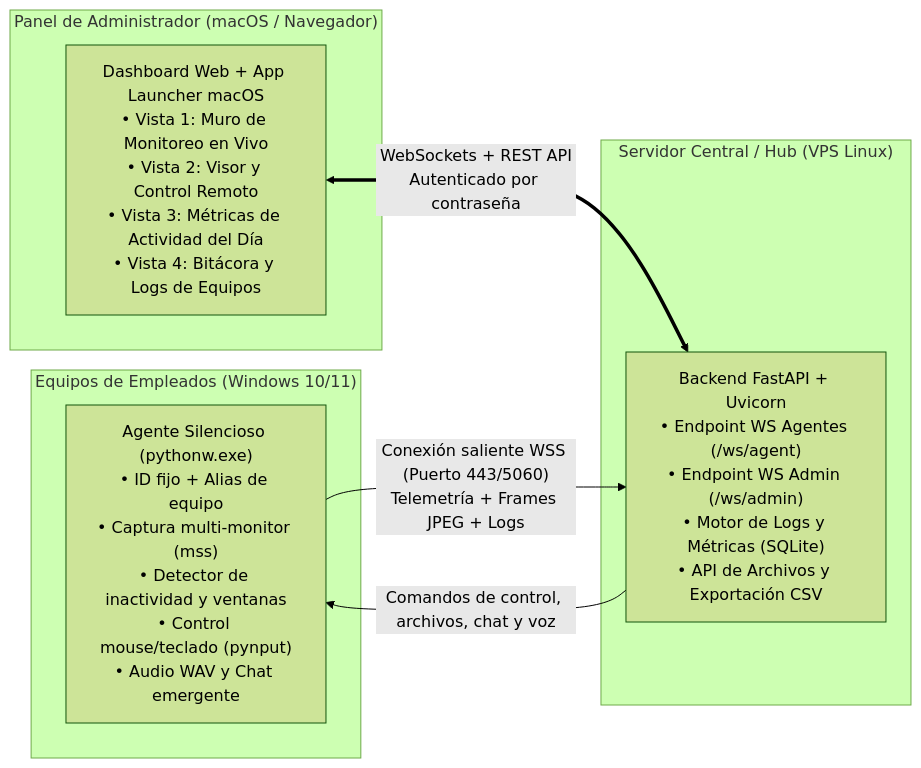
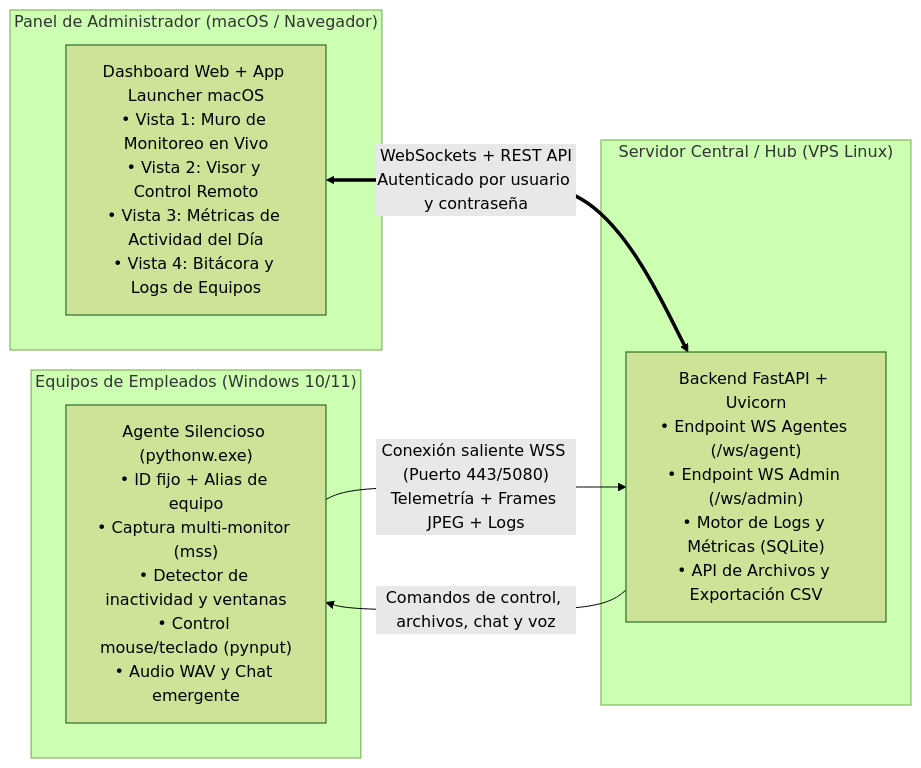
The diagram in ESPECIFICACION_PROYECTO_MONITOREO_REMOTO.md (MiguelLazaro42/JOB-Monitor), drawn with Mermaid (forest theme) before and after one commit. The commit also changed other lines of this file, not shown here.

````diff
--- a/ESPECIFICACION_PROYECTO_MONITOREO_REMOTO.md
+++ b/ESPECIFICACION_PROYECTO_MONITOREO_REMOTO.md
@@ -26,18 +26,18 @@
 ```mermaid
 flowchart LR
     subgraph Clientes["Equipos de Empleados (Windows 10/11)"]
         A1["Agente Silencioso (pythonw.exe)\n• ID fijo + Alias de equipo\n• Captura multi-monitor (mss)\n• Detector de inactividad y ventanas\n• Control mouse/teclado (pynput)\n• Audio WAV y Chat emergente"]
     end
 
     subgraph Servidor["Servidor Central / Hub (VPS Linux)"]
         S1["Backend FastAPI + Uvicorn\n• Endpoint WS Agentes (/ws/agent)\n• Endpoint WS Admin (/ws/admin)\n• Motor de Logs y Métricas (SQLite)\n• API de Archivos y Exportación CSV"]
     end
 
     subgraph Consola["Panel de Administrador (macOS / Navegador)"]
         C1["Dashboard Web + App Launcher macOS\n• Vista 1: Muro de Monitoreo en Vivo\n• Vista 2: Visor y Control Remoto\n• Vista 3: Métricas de Actividad del Día\n• Vista 4: Bitácora y Logs de Equipos"]
     end
 
-    A1 -- "Conexión saliente WSS (Puerto 443/5060)\nTelemetría + Frames JPEG + Logs" --> S1
+    A1 -- "Conexión saliente WSS (Puerto 443/5080)\nTelemetría + Frames JPEG + Logs" --> S1
     S1 -- "Comandos de control, archivos, chat y voz" --> A1
-    C1 <== "WebSockets + REST API\nAutenticado por contraseña" ==> S1
+    C1 <== "WebSockets + REST API\nAutenticado por usuario y contraseña" ==> S1
 ```
````
